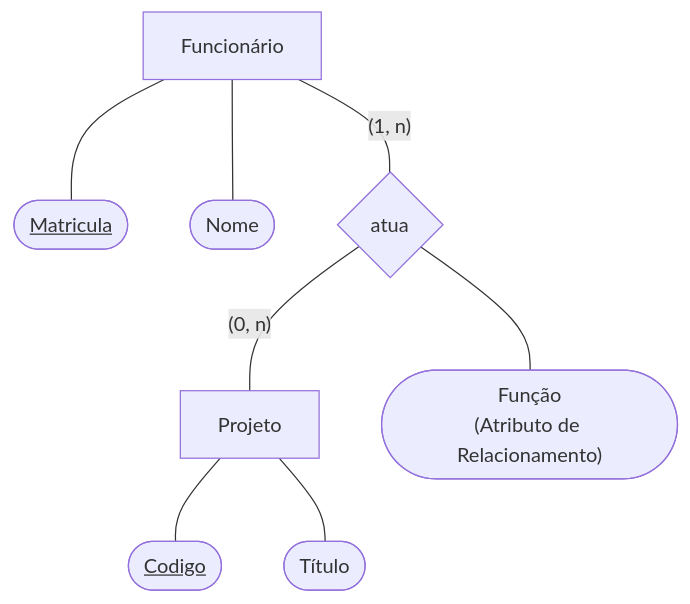
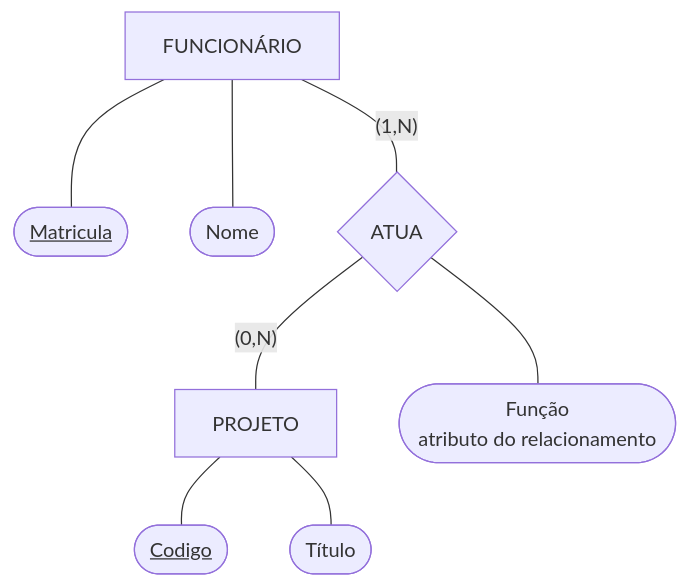
The second of 5 diagrams in 02. Modelagem de Dados/07. Modelo de entidades e relacionamentos estendido.md (leorruas/puc), drawn with Mermaid before and after one commit. The commit also changed other lines of this file, not shown here.

Commit message:
Normaliza Mermaid do modelo entidade-relacionamento estendido

````diff
--- a/02. Modelagem de Dados/07. Modelo de entidades e relacionamentos estendido.md
+++ b/02. Modelagem de Dados/07. Modelo de entidades e relacionamentos estendido.md
@@ -98,21 +97,19 @@
 ```mermaid
 flowchart TD
-    Funcionario["Funcionário"]
-    Matricula(["<u>Matricula</u>"])
-    NomeFunc(["Nome"])
+    Funcionario["FUNCIONÁRIO"]:::data
+    Matricula(["<u>Matricula</u>"]):::component
+    Nome(["Nome"]):::component
+    Atua{"ATUA"}:::core
+    Projeto["PROJETO"]:::data
+    Funcao(["Função<br>atributo do relacionamento"]):::component
+    Codigo(["<u>Codigo</u>"]):::component
+    Titulo(["Título"]):::component
 
     Funcionario --- Matricula
-    Funcionario --- NomeFunc
-
-    Funcionario ---|"(1, n)"| RelAtua{"atua"}
-    RelAtua ---|"(0, n)"| Projeto["Projeto"]
-
-    Funcao(["Função<br>(Atributo de Relacionamento)"])
-    RelAtua --- Funcao
-
-    CodProj(["<u>Codigo</u>"])
-    TituloProj(["Título"])
-
-    Projeto --- CodProj
-    Projeto --- TituloProj
+    Funcionario --- Nome
+    Funcionario ---|"(1,N)"| Atua
+    Atua ---|"(0,N)"| Projeto
+    Atua --- Funcao
+    Projeto --- Codigo
+    Projeto --- Titulo
 ```
````
